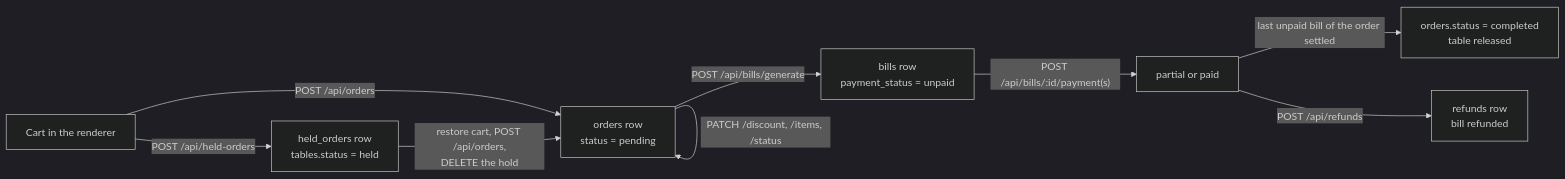
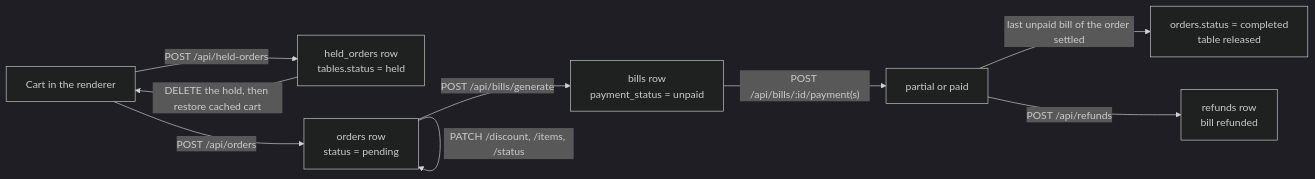
Before and after one commit to FreeOpenSourcePOS/FloCafe: the diagram in docs/architecture/order-lifecycle.md, drawn with Mermaid (dark theme). The commit also changed 2 other files, not shown here.

Commit message:
no-mistakes(review): Correct lifecycle docs, kitchen gate tests; Electron dependency missing

````diff
--- a/docs/architecture/order-lifecycle.md
+++ b/docs/architecture/order-lifecycle.md
@@ -9,11 +9,11 @@
 ```mermaid
 flowchart LR
   Cart["Cart in the renderer"] -->|"POST /api/held-orders"| Held["held_orders row<br/>tables.status = held"]
   Cart -->|"POST /api/orders"| Order["orders row<br/>status = pending"]
-  Held -->|"restore cart, POST /api/orders,<br/>DELETE the hold"| Order
+  Held -->|"DELETE the hold, then restore cached cart"| Cart
   Order -->|"PATCH /discount, /items, /status"| Order
   Order -->|"POST /api/bills/generate"| Bill["bills row<br/>payment_status = unpaid"]
   Bill -->|"POST /api/bills/:id/payment(s)"| Settled["partial or paid"]
   Settled -->|"last unpaid bill of the order settled"| Done["orders.status = completed<br/>table released"]
   Settled -->|"POST /api/refunds"| Refund["refunds row<br/>bill refunded"]
 ```
````
